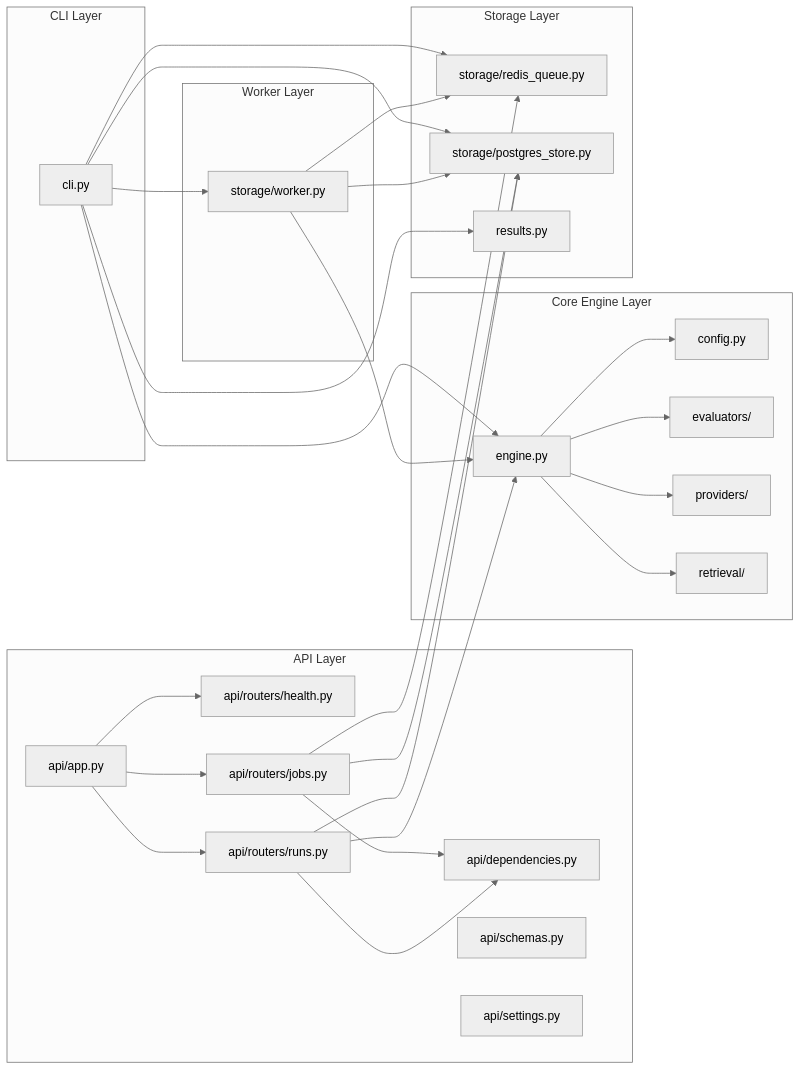
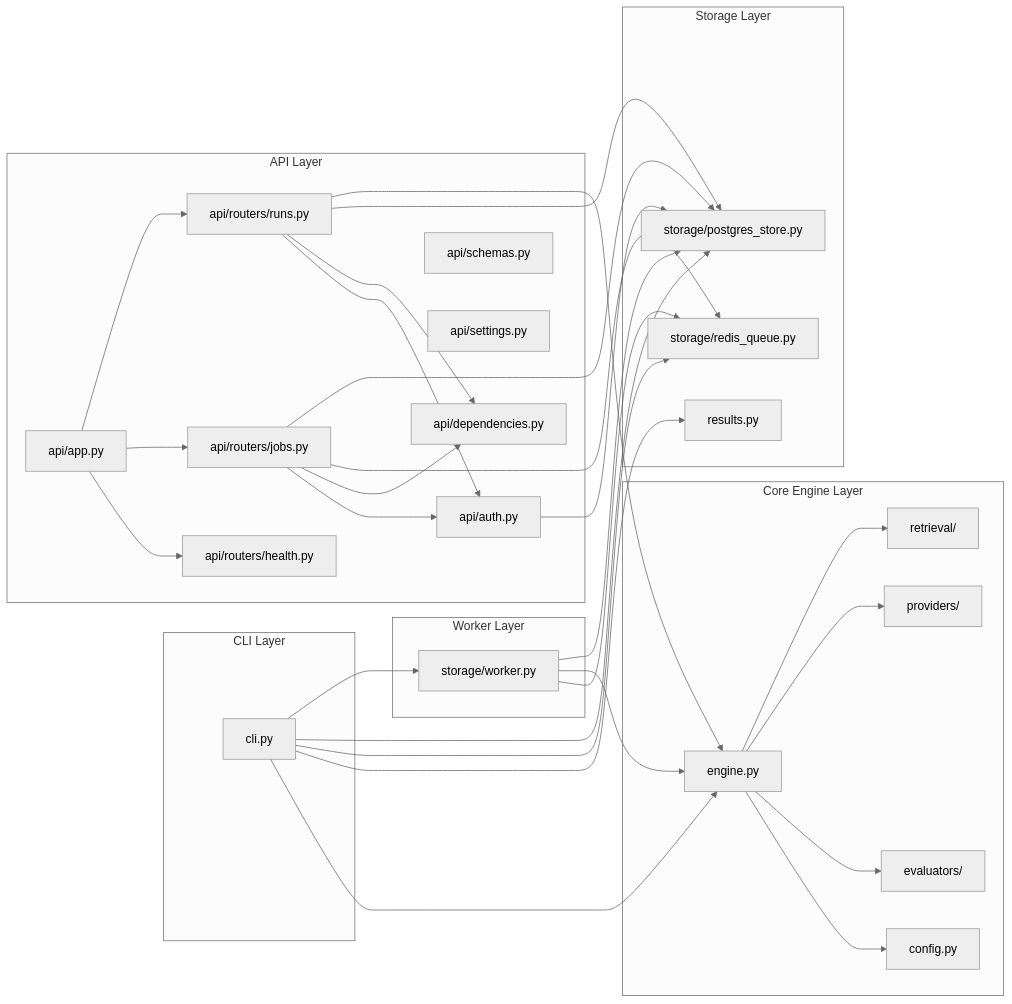
One commit to avinashankur/evalbench changed the third of 3 diagrams in backend/ARCHITECTURE.md. Above: the diagram before and after it, drawn with Mermaid (neutral theme). The commit also changed other lines of this file and 12 other files, not shown here.

````diff
--- a/backend/ARCHITECTURE.md
+++ b/backend/ARCHITECTURE.md
@@ -76,59 +76,63 @@
 ```mermaid
 graph LR
   subgraph CLI Layer
     CLI[cli.py]
   end
 
   subgraph API Layer
     App[api/app.py]
+    Auth[api/auth.py]
     HealthRouter[api/routers/health.py]
     JobsRouter[api/routers/jobs.py]
     RunsRouter[api/routers/runs.py]
     Deps[api/dependencies.py]
     Schemas[api/schemas.py]
     Settings[api/settings.py]
   end
 
   subgraph Worker Layer
     Worker[storage/worker.py]
   end
 
   subgraph Core Engine Layer
     Config[config.py]
     Engine[engine.py]
     Evaluators[evaluators/]
     Providers[providers/]
     Retrieval[retrieval/]
   end
 
   subgraph Storage Layer
     RedisQueue[storage/redis_queue.py]
     PostgresStore[storage/postgres_store.py]
     LocalStore[results.py]
   end
 
   CLI --> Engine
   CLI --> LocalStore
   CLI --> RedisQueue
   CLI --> PostgresStore
   CLI --> Worker
 
   App --> HealthRouter
   App --> JobsRouter
   App --> RunsRouter
+  JobsRouter --> Auth
+  RunsRouter --> Auth
   JobsRouter --> Deps
   RunsRouter --> Deps
+  Auth --> PostgresStore
   JobsRouter --> RedisQueue
   JobsRouter --> PostgresStore
   RunsRouter --> PostgresStore
   RunsRouter --> Engine
 
   Worker --> RedisQueue
   Worker --> Engine
   Worker --> PostgresStore
 
   Engine --> Config
   Engine --> Evaluators
   Engine --> Providers
   Engine --> Retrieval
 ```
````
